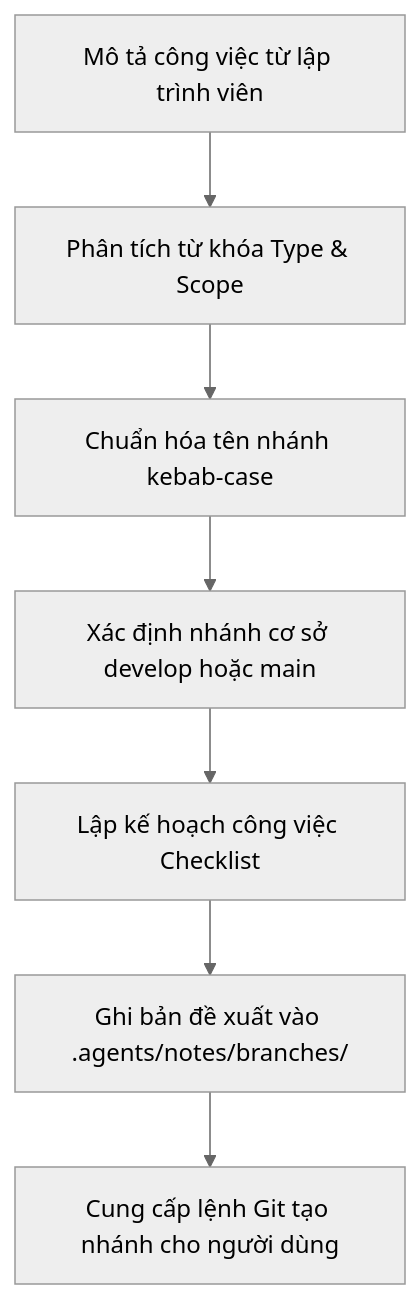
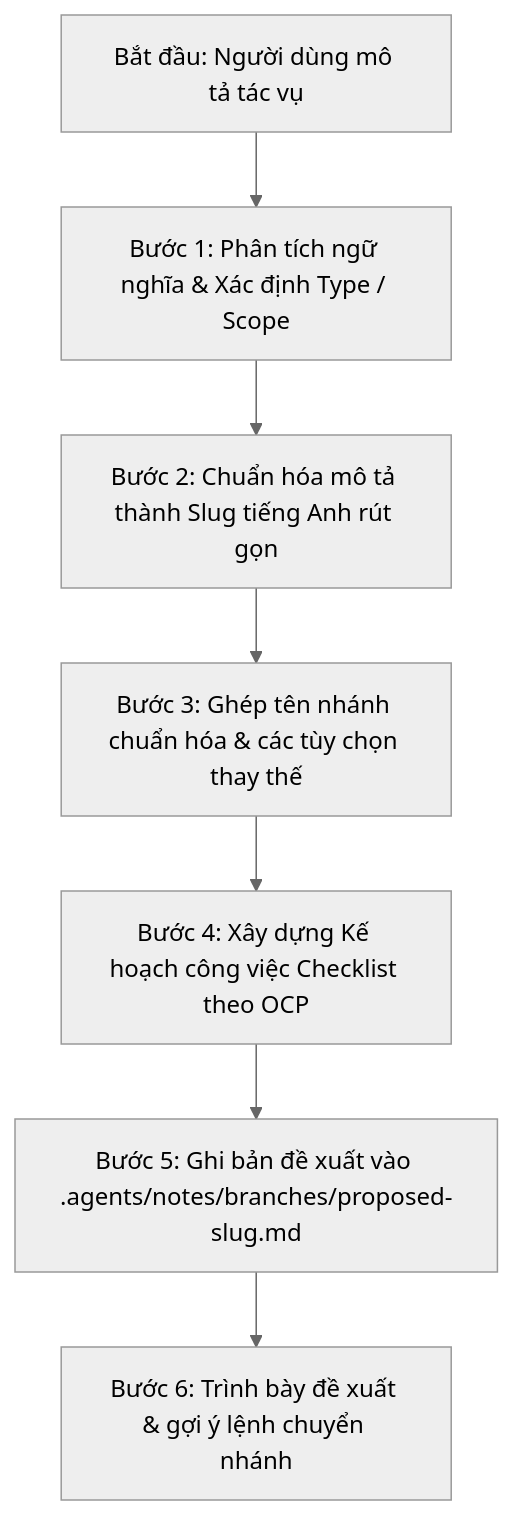
Before and after one commit to ThienleDuc/GDMAS: the diagram in .claude/skills/propose-branch/SKILL.md, drawn with Mermaid (neutral theme). The commit also changed other lines of this file and 41 other files, not shown here.

````diff
--- a/.claude/skills/propose-branch/SKILL.md
+++ b/.claude/skills/propose-branch/SKILL.md
@@ -23,9 +24,9 @@
 ```mermaid
 flowchart TD
-    A[Mô tả công việc từ lập trình viên] --> B[Phân tích từ khóa Type & Scope]
-    B --> C[Chuẩn hóa tên nhánh kebab-case]
-    C --> D[Xác định nhánh cơ sở develop hoặc main]
-    D --> E[Lập kế hoạch công việc Checklist]
-    E --> F[Ghi bản đề xuất vào .agents/notes/branches/]
-    F --> G[Cung cấp lệnh Git tạo nhánh cho người dùng]
+    A[Bắt đầu: Người dùng mô tả tác vụ] --> B[Bước 1: Phân tích ngữ nghĩa & Xác định Type / Scope]
+    B --> C[Bước 2: Chuẩn hóa mô tả thành Slug tiếng Anh rút gọn]
+    C --> D[Bước 3: Ghép tên nhánh chuẩn hóa & các tùy chọn thay thế]
+    D --> E[Bước 4: Xây dựng Kế hoạch công việc Checklist theo OCP]
+    E --> F[Bước 5: Ghi bản đề xuất vào .agents/notes/branches/proposed-slug.md]
+    F --> G[Bước 6: Trình bày đề xuất & gợi ý lệnh chuyển nhánh]
 ```
````
